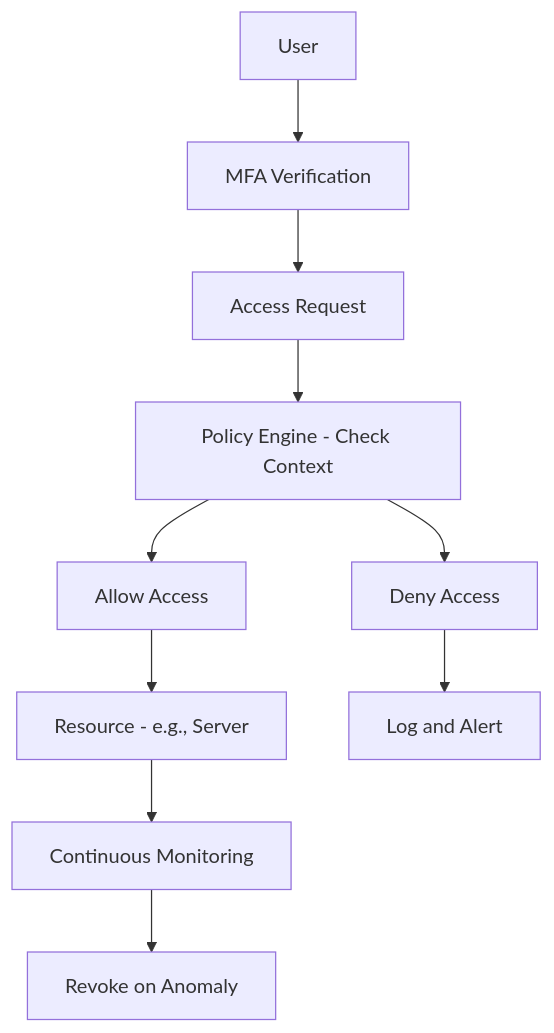
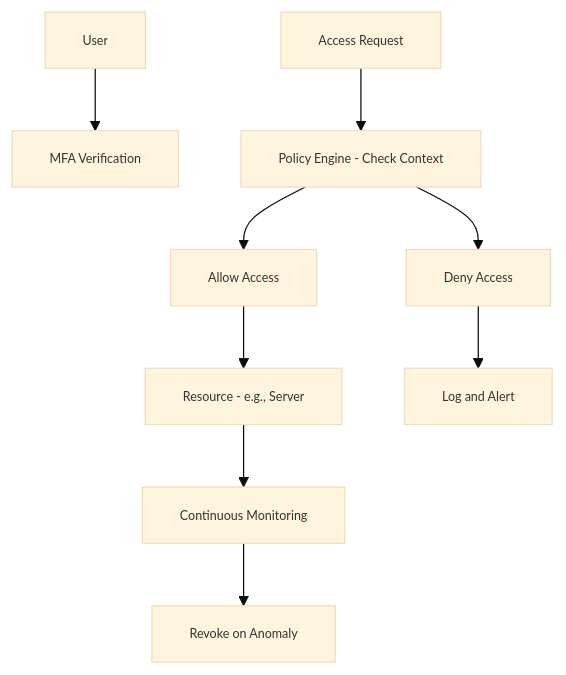
Before and after one commit to satishkumar-dhule/EA-SRE-prep: diagram 23 of 29 in EA_SRE_3_Interview_Prep.md, drawn with Mermaid. The commit also changed other lines of this file, not shown here.

````diff
--- a/EA_SRE_3_Interview_Prep.md
+++ b/EA_SRE_3_Interview_Prep.md
@@ -1475,12 +1486,12 @@
 ```mermaid
+%%{init: {'theme': 'base', 'themeVariables': {'fontSize': '10px'}}}%%
 graph TD
     User[User] --> MFA[MFA Verification]
-    MFA --> AccessRequest[Access Request]
-    AccessRequest --> PolicyEngine[Policy Engine - Check Context]
+    AccessRequest[Access Request] --> PolicyEngine[Policy Engine - Check Context]
     PolicyEngine --> Allow[Allow Access]
     PolicyEngine --> Deny[Deny Access]
     Allow --> Resource[Resource - e.g., Server]
     Resource --> Monitor[Continuous Monitoring]
     Monitor --> Revoke[Revoke on Anomaly]
     Deny --> Log[Log and Alert]
 ```
````
